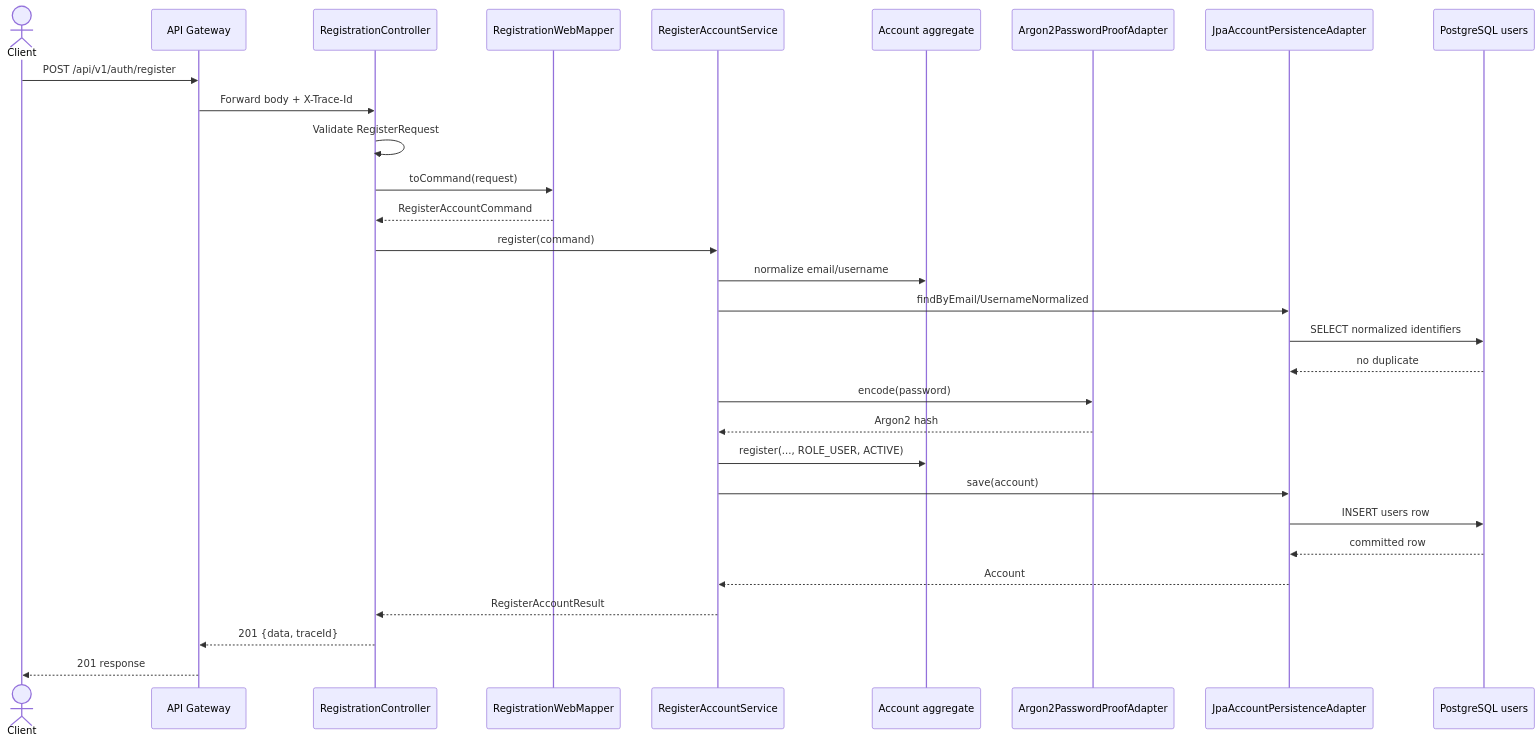
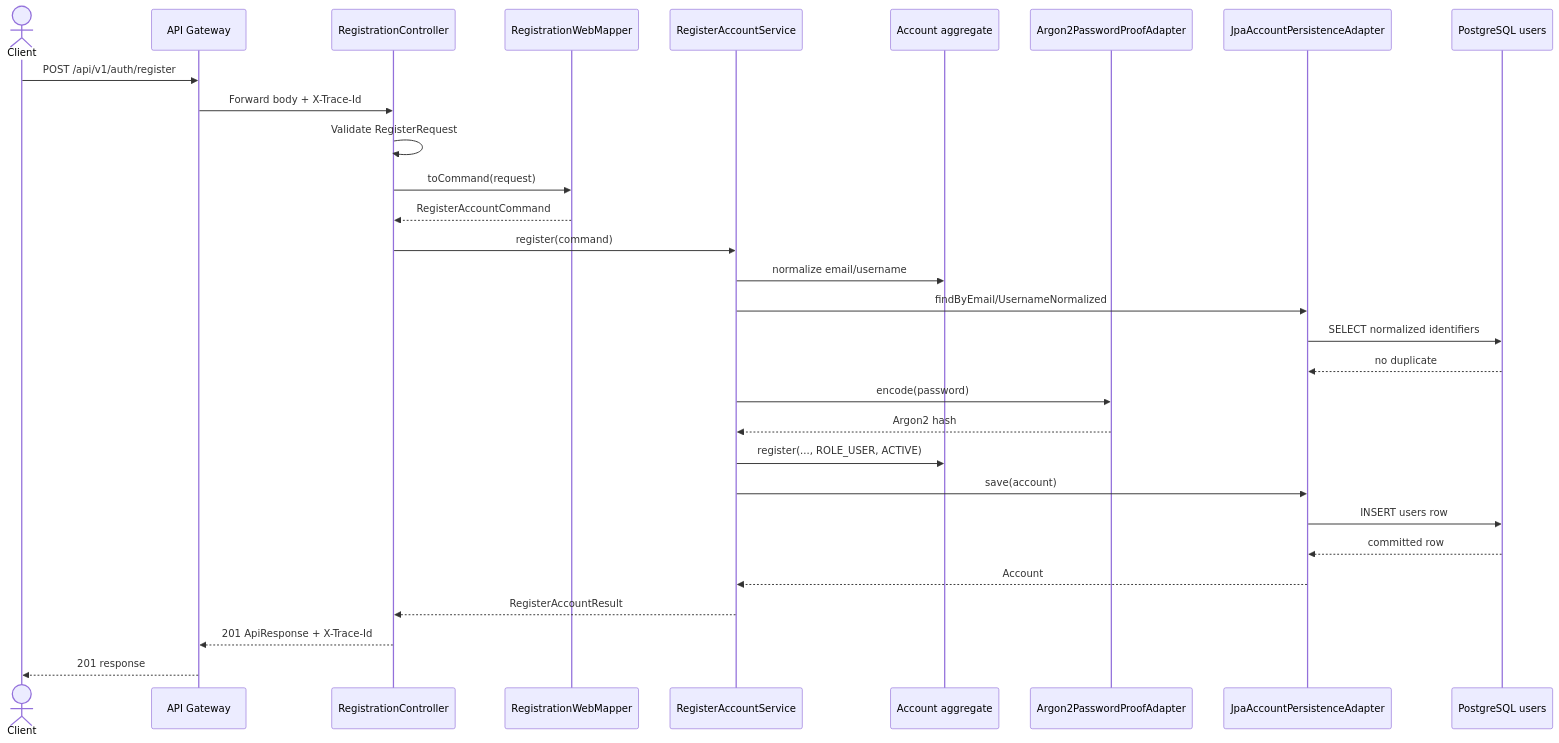
One commit to phandinhphuc1234/flash-sale changed the first of 6 diagrams in docs/authen/02-authentication-flows.md. Above: the diagram before and after it, drawn with Mermaid. The commit also changed other lines of this file and 90 other files, not shown here.

Commit message:
feat(http): standardize cross-service API responses and trace headers

````diff
--- a/docs/authen/02-authentication-flows.md
+++ b/docs/authen/02-authentication-flows.md
@@ -9,33 +9,33 @@
 ```mermaid
 sequenceDiagram
     actor Client
     participant Gateway as API Gateway
     participant Controller as RegistrationController
     participant Mapper as RegistrationWebMapper
     participant UseCase as RegisterAccountService
     participant Account as Account aggregate
     participant Hash as Argon2PasswordProofAdapter
     participant DB as JpaAccountPersistenceAdapter
     participant Users as PostgreSQL users
 
     Client->>Gateway: POST /api/v1/auth/register
     Gateway->>Controller: Forward body + X-Trace-Id
     Controller->>Controller: Validate RegisterRequest
     Controller->>Mapper: toCommand(request)
     Mapper-->>Controller: RegisterAccountCommand
     Controller->>UseCase: register(command)
     UseCase->>Account: normalize email/username
     UseCase->>DB: findByEmail/UsernameNormalized
     DB->>Users: SELECT normalized identifiers
     Users-->>DB: no duplicate
     UseCase->>Hash: encode(password)
     Hash-->>UseCase: Argon2 hash
     UseCase->>Account: register(..., ROLE_USER, ACTIVE)
     UseCase->>DB: save(account)
     DB->>Users: INSERT users row
     Users-->>DB: committed row
     DB-->>UseCase: Account
     UseCase-->>Controller: RegisterAccountResult
-    Controller-->>Gateway: 201 {data, traceId}
+    Controller-->>Gateway: 201 ApiResponse + X-Trace-Id
     Gateway-->>Client: 201 response
 ```
````
